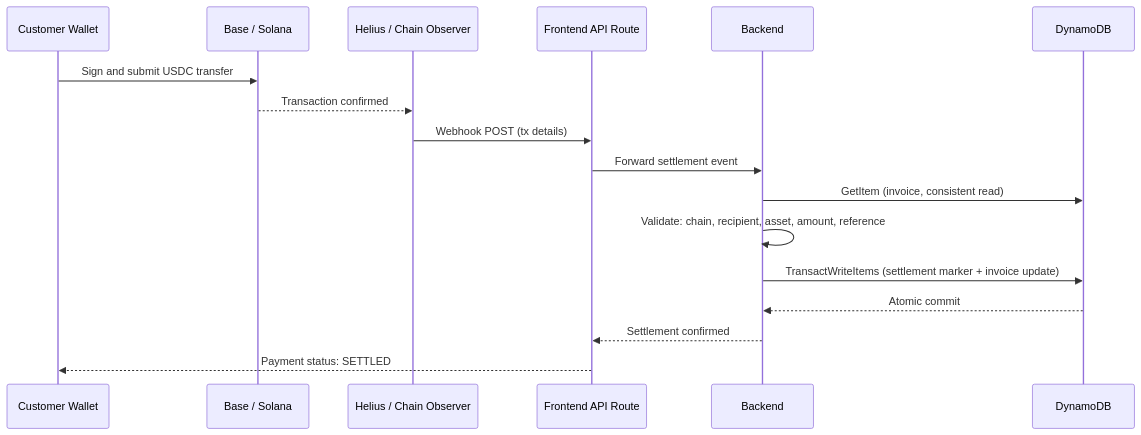
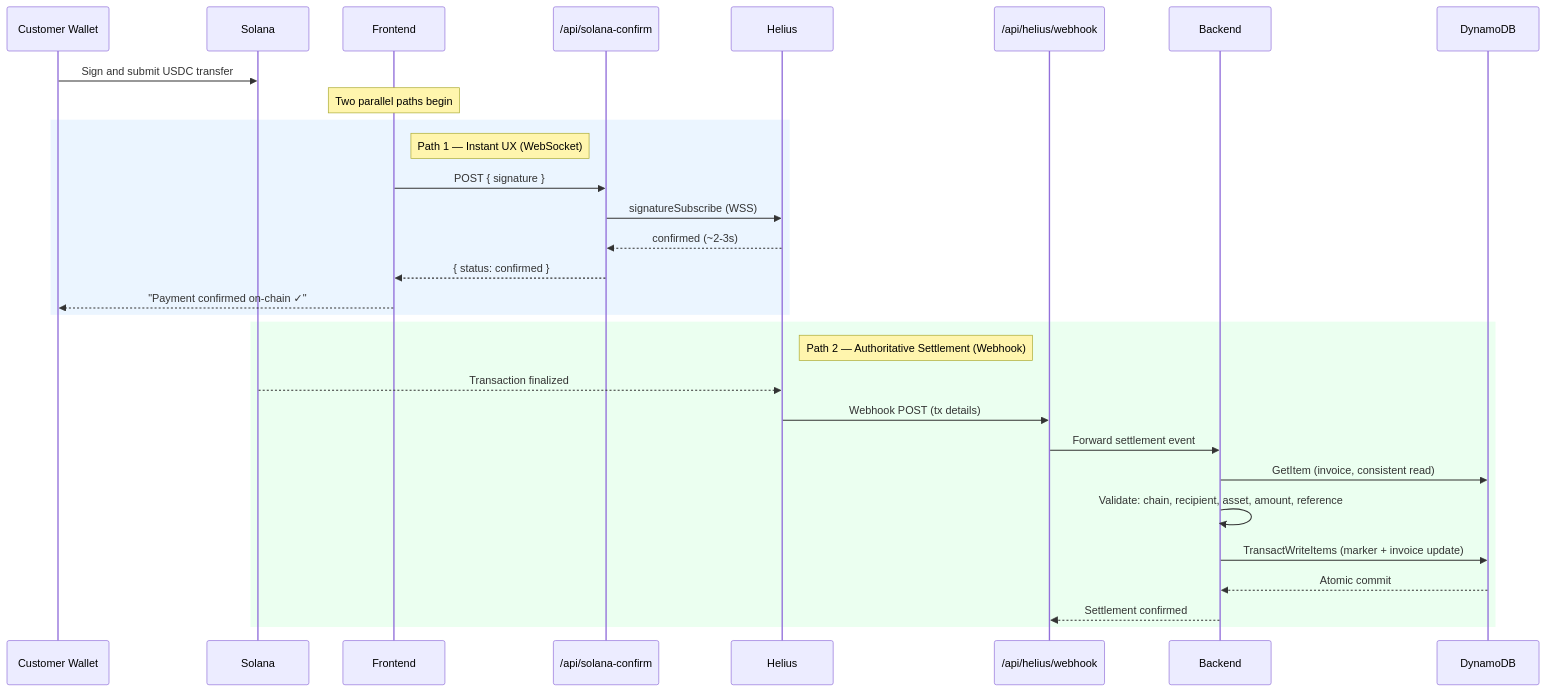
The third of 4 diagrams in architecture.md (nagatejakachapuram/Secant-Pay-Docs), drawn with Mermaid before and after one commit. The commit also changed other lines of this file and 2 other files, not shown here.

Commit message:
Updated Architecture page

````diff
--- a/architecture.md
+++ b/architecture.md
@@ -139,20 +141,35 @@
 ```mermaid
 sequenceDiagram
   participant C as Customer Wallet
-  participant Chain as Base / Solana
-  participant H as Helius / Chain Observer
-  participant F as Frontend API Route
+  participant Chain as Solana
+  participant F as Frontend
+  participant Confirm as /api/solana-confirm
+  participant H as Helius
+  participant Webhook as /api/helius/webhook
   participant B as Backend
   participant DB as DynamoDB
 
   C->>Chain: Sign and submit USDC transfer
-  Chain-->>H: Transaction confirmed
-  H->>F: Webhook POST (tx details)
-  F->>B: Forward settlement event
+  Note over F: Two parallel paths begin
+
+  rect rgb(235, 245, 255)
+  Note right of F: Path 1 — Instant UX (WebSocket)
+  F->>Confirm: POST { signature }
+  Confirm->>H: signatureSubscribe (WSS)
+  H-->>Confirm: confirmed (~2-3s)
+  Confirm-->>F: { status: confirmed }
+  F-->>C: "Payment confirmed on-chain ✓"
+  end
+
+  rect rgb(235, 255, 240)
+  Note right of H: Path 2 — Authoritative Settlement (Webhook)
+  Chain-->>H: Transaction finalized
+  H->>Webhook: Webhook POST (tx details)
+  Webhook->>B: Forward settlement event
   B->>DB: GetItem (invoice, consistent read)
   B->>B: Validate: chain, recipient, asset, amount, reference
-  B->>DB: TransactWriteItems (settlement marker + invoice update)
+  B->>DB: TransactWriteItems (marker + invoice update)
   DB-->>B: Atomic commit
-  B-->>F: Settlement confirmed
-  F-->>C: Payment status: SETTLED
+  B-->>Webhook: Settlement confirmed
+  end
 ```
````
